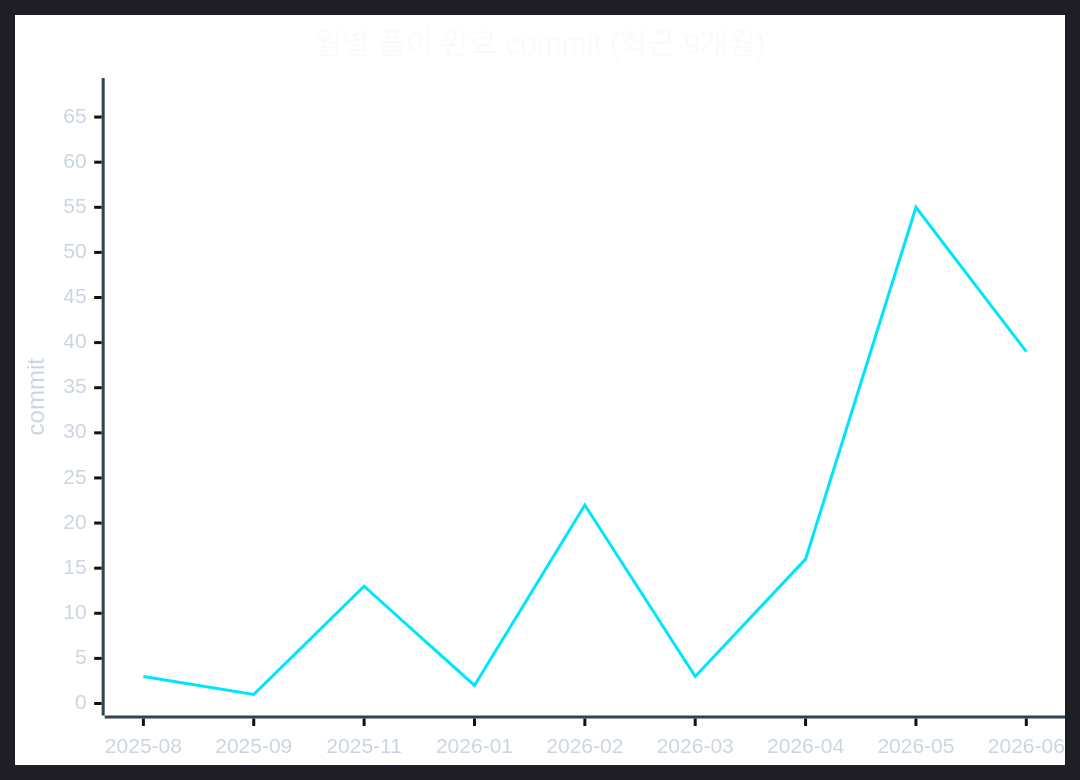
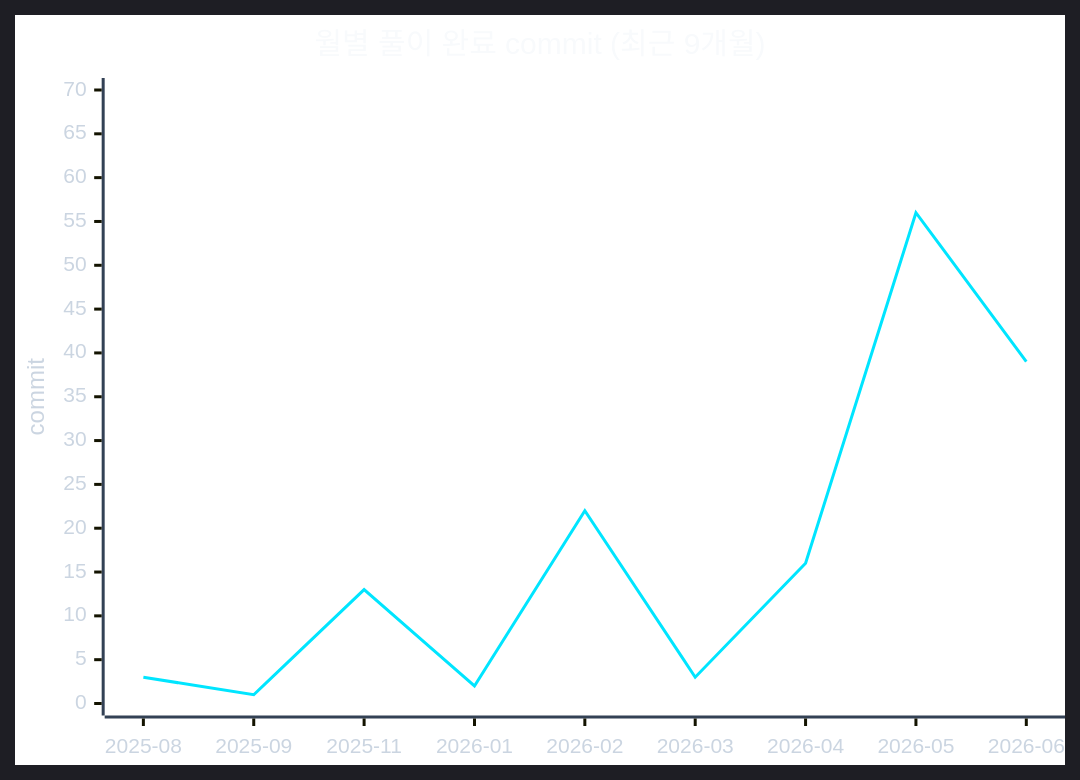
Before and after one commit to CHOOSLA/Algorithm: the second of 2 diagrams in readme.md, drawn with Mermaid. The commit also changed other lines of this file and 2 other files, not shown here.

````diff
--- a/readme.md
+++ b/readme.md
@@ -71,22 +71,22 @@
 ```mermaid
 ---
 config:
   theme: dark
   themeVariables:
     background: '#0d1117'
     xyChart:
       titleColor: '#f8fafc'
       xAxisLabelColor: '#cbd5e1'
       xAxisTitleColor: '#cbd5e1'
       xAxisLineColor: '#334155'
       yAxisLabelColor: '#cbd5e1'
       yAxisTitleColor: '#cbd5e1'
       yAxisLineColor: '#334155'
       plotColorPalette: '#00e5ff'
 ---
 xychart-beta
   title "월별 풀이 완료 commit (최근 9개월)"
   x-axis ["2025-08", "2025-09", "2025-11", "2026-01", "2026-02", "2026-03", "2026-04", "2026-05", "2026-06"]
-  y-axis "commit" 0 --> 68
-  line [3, 1, 13, 2, 22, 3, 16, 55, 39]
+  y-axis "commit" 0 --> 70
+  line [3, 1, 13, 2, 22, 3, 16, 56, 39]
 ```
````
